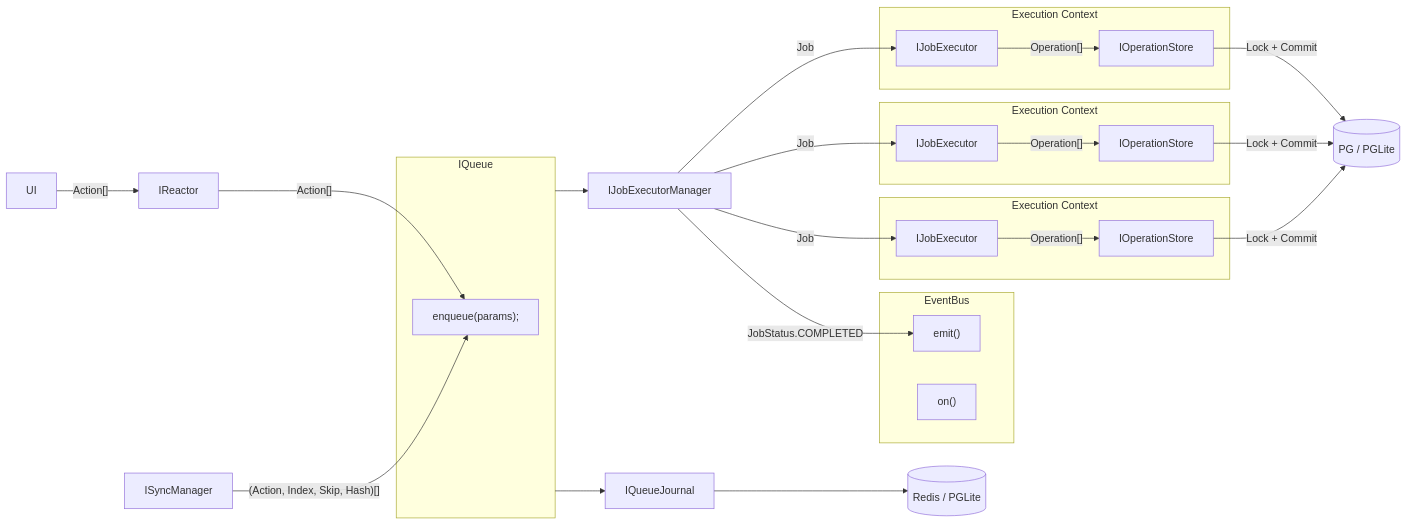
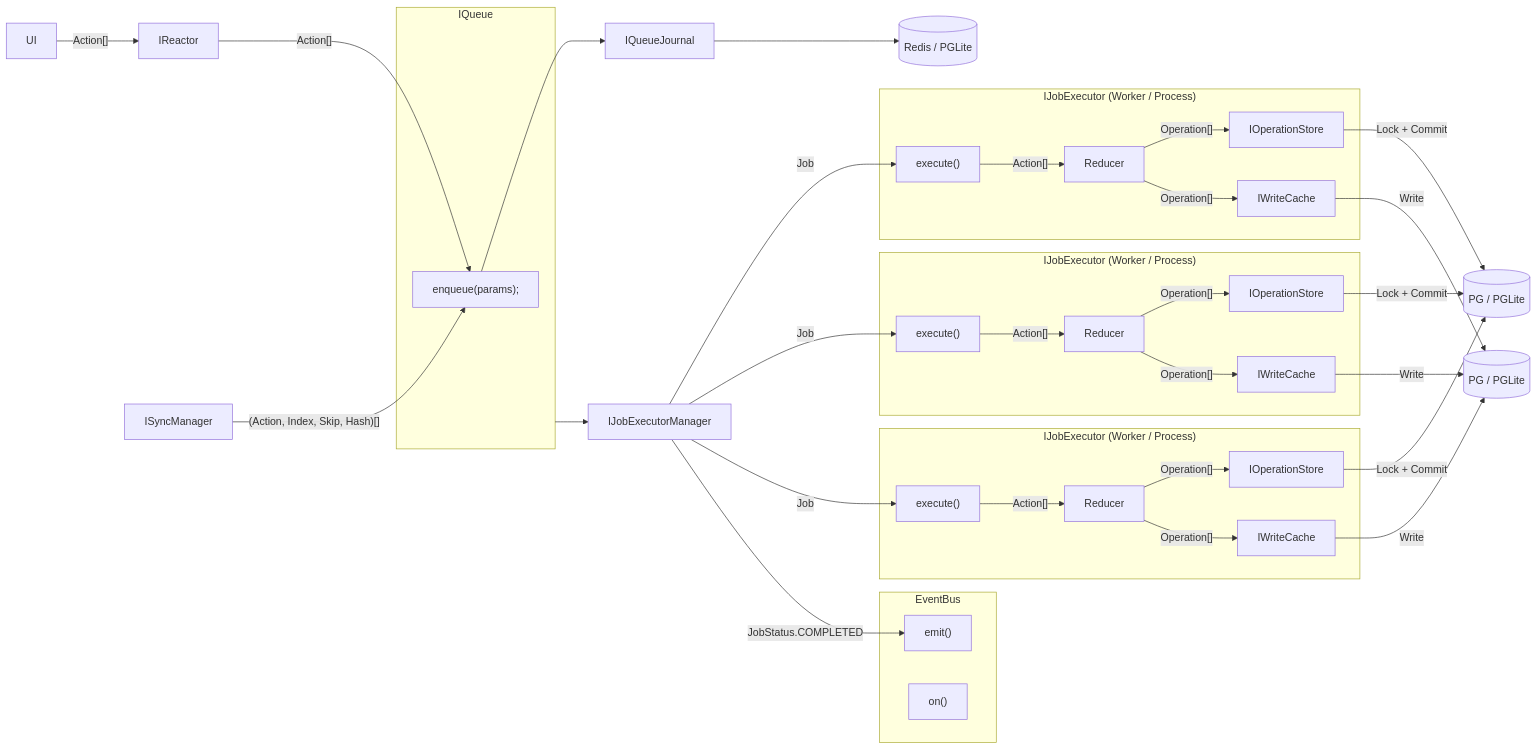
Before and after one commit to powerhouse-inc/powerhouse: the first of 2 diagrams in packages/reactor/docs/planning/Cache/write-cache.md, drawn with Mermaid. The commit also changed other lines of this file and 1 other file, not shown here.

Commit message:
chore: continued work on write cache spec

````diff
--- a/packages/reactor/docs/planning/Cache/write-cache.md
+++ b/packages/reactor/docs/planning/Cache/write-cache.md
@@ -29,41 +73,51 @@
 ```mermaid
 flowchart LR
   UI -->|"Action[]"| IReactor -->|"Action[]"| Queue
   IQueue --> IJobExecutorManager -->|"Job"| JAJ
 
   IJobExecutorManager -->|"Job"| JBJ
   IJobExecutorManager -->|"Job"| JCJ
 
   ISyncManager -->|"(Action, Index, Skip, Hash)[]"| Queue
-  IQueue --> IQueueJournal --> QDB[(Redis / PGLite)]
+  Queue --> IQueueJournal --> QDB[(Redis / PGLite)]
 
   IJobExecutorManager -->|"JobStatus.COMPLETED"| Emit
 
-  subgraph JA["Execution Context"]
-    JAJ["IJobExecutor"]
-    JAJ -->|"Operation[]"| JAO["IOperationStore"]
+  subgraph JA["IJobExecutor (Worker / Process)"]
+    JAJ["execute()"]
+    JAJ -->|"Action[]"| JAR["Reducer"]
+    JAR -->|"Operation[]"| JAO["IOperationStore"]
+    JAR -->|"Operation[]"| JAW["IWriteCache"]
   end
 
-  subgraph JB["Execution Context"]
-    JBJ["IJobExecutor"]
-    JBJ -->|"Operation[]"| JBO["IOperationStore"]
+  subgraph JB["IJobExecutor (Worker / Process)"]
+    JBJ["execute()"]
+    JBJ -->|"Action[]"| JBR["Reducer"]
+    JBR -->|"Operation[]"| JBO["IOperationStore"]
+    JBR -->|"Operation[]"| JBW["IWriteCache"]
   end
 
-  subgraph JC["Execution Context"]
-    JCJ["IJobExecutor"]
-    JCJ -->|"Operation[]"| JCO["IOperationStore"]
+  subgraph JC["IJobExecutor (Worker / Process)"]
+    JCJ["execute()"]
+    JCJ -->|"Action[]"| JCR["Reducer"]
+    JCR -->|"Operation[]"| JCO["IOperationStore"]
+    JCR -->|"Operation[]"| JCW["IWriteCache"]
   end
 
   JAO -->|"Lock + Commit"| DB[(PG / PGLite)]
   JBO -->|"Lock + Commit"| DB
   JCO -->|"Lock + Commit"| DB
+
+  JAW -->|"Write"| DBW[(PG / PGLite)]
+  JBW -->|"Write"| DBW
+  JCW -->|"Write"| DBW
 
   subgraph IQueue
     Queue["enqueue(params);"]
   end
 
   subgraph EventBus
     On["on()"]
     Emit["emit()"]
   end
 ```
````
